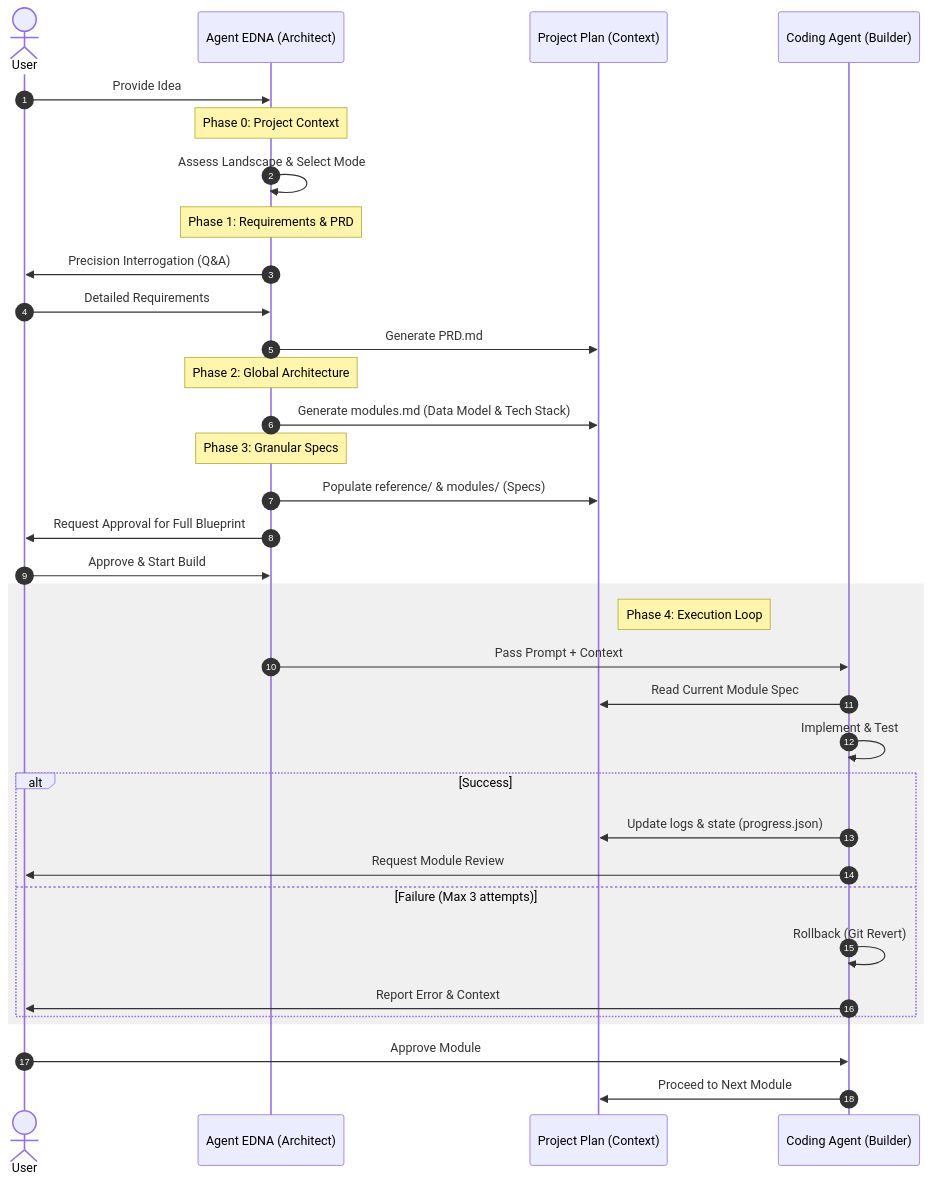
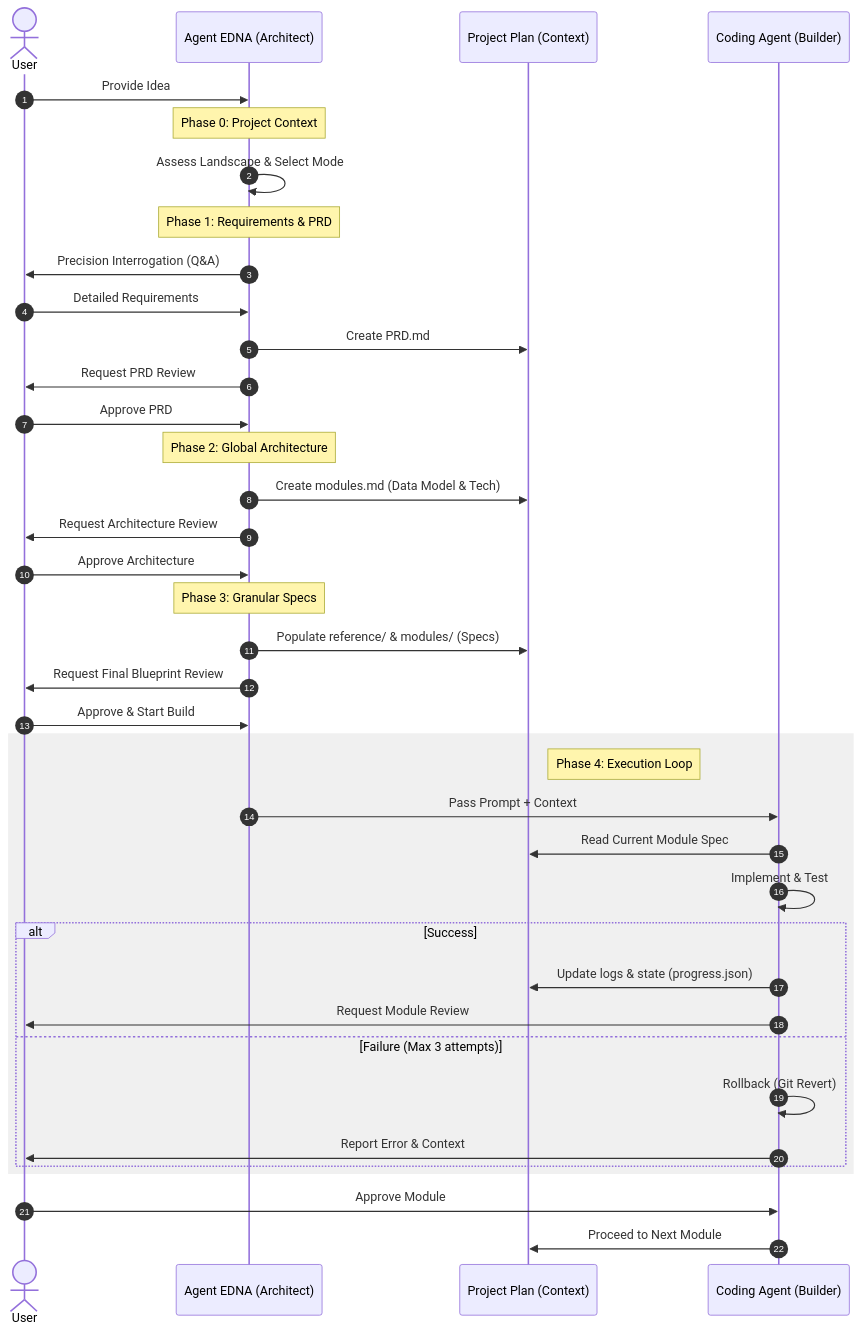
Before and after one commit to arinadi/EDNA: the diagram in how_it_works.md, drawn with Mermaid.

Commit message:
docs: add review checkpoints after Phase 1 and 2 in sequence diagram

````diff
--- a/how_it_works.md
+++ b/how_it_works.md
@@ -36,44 +36,48 @@
 ```mermaid
 sequenceDiagram
     autonumber
     actor User
     participant EDNA as Agent EDNA (Architect)
     participant Plan as Project Plan (Context)
     participant Coder as Coding Agent (Builder)
 
     User->>EDNA: Provide Idea
     
     Note over EDNA: Phase 0: Project Context
     EDNA->>EDNA: Assess Landscape & Select Mode
     
     Note over EDNA: Phase 1: Requirements & PRD
     EDNA->>User: Precision Interrogation (Q&A)
     User->>EDNA: Detailed Requirements
-    EDNA->>Plan: Generate PRD.md
+    EDNA->>Plan: Create PRD.md
+    EDNA->>User: Request PRD Review
+    User->>EDNA: Approve PRD
     
     Note over EDNA: Phase 2: Global Architecture
-    EDNA->>Plan: Generate modules.md (Data Model & Tech Stack)
+    EDNA->>Plan: Create modules.md (Data Model & Tech)
+    EDNA->>User: Request Architecture Review
+    User->>EDNA: Approve Architecture
     
     Note over EDNA: Phase 3: Granular Specs
     EDNA->>Plan: Populate reference/ & modules/ (Specs)
     
-    EDNA->>User: Request Approval for Full Blueprint
+    EDNA->>User: Request Final Blueprint Review
     User->>EDNA: Approve & Start Build
     
     rect rgb(240, 240, 240)
         Note right of Plan: Phase 4: Execution Loop
         EDNA->>Coder: Pass Prompt + Context
         Coder->>Plan: Read Current Module Spec
         Coder->>Coder: Implement & Test
         alt Success
             Coder->>Plan: Update logs & state (progress.json)
             Coder->>User: Request Module Review
         else Failure (Max 3 attempts)
             Coder->>Coder: Rollback (Git Revert)
             Coder->>User: Report Error & Context
         end
     end
     
     User->>Coder: Approve Module
     Coder->>Plan: Proceed to Next Module
 ```
````
